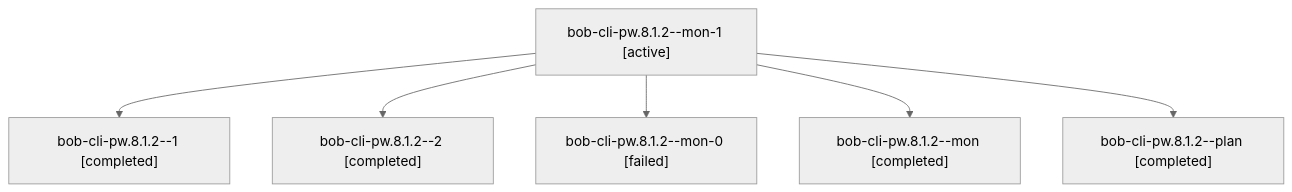
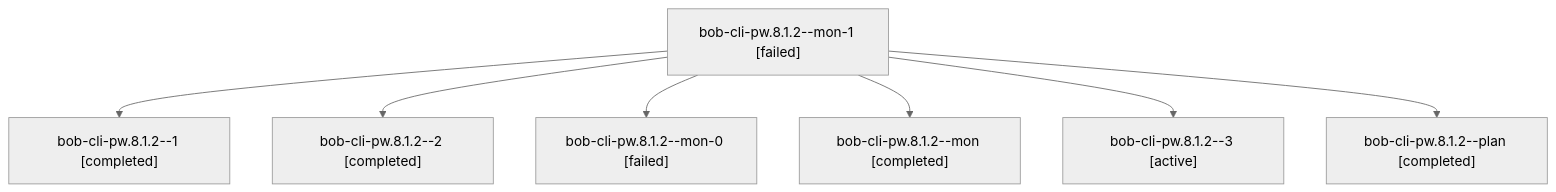
The diagram in sessions/bbugyi200.apollo.bob-cli-pw.8.1.2.md (bobs-org/bob-cli--agents), drawn with Mermaid (neutral theme) before and after one commit. The commit also changed other lines of this file and 82 other files, not shown here.

````diff
--- a/sessions/bbugyi200.apollo.bob-cli-pw.8.1.2.md
+++ b/sessions/bbugyi200.apollo.bob-cli-pw.8.1.2.md
@@ -9,14 +9,16 @@
 ```mermaid
 flowchart TD
-  n0["bob-cli-pw.8.1.2--mon-1 [active]"]
+  n0["bob-cli-pw.8.1.2--mon-1 [failed]"]
   n1["bob-cli-pw.8.1.2--1 [completed]"]
   n0 --> n1
   n2["bob-cli-pw.8.1.2--2 [completed]"]
   n0 --> n2
   n3["bob-cli-pw.8.1.2--mon-0 [failed]"]
   n0 --> n3
   n4["bob-cli-pw.8.1.2--mon [completed]"]
   n0 --> n4
-  n5["bob-cli-pw.8.1.2--plan [completed]"]
+  n5["bob-cli-pw.8.1.2--3 [active]"]
   n0 --> n5
+  n6["bob-cli-pw.8.1.2--plan [completed]"]
+  n0 --> n6
 ```
````
